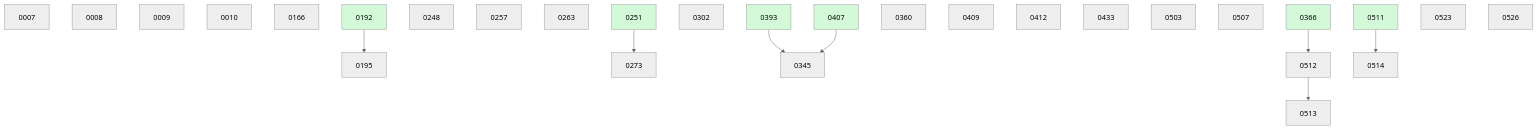
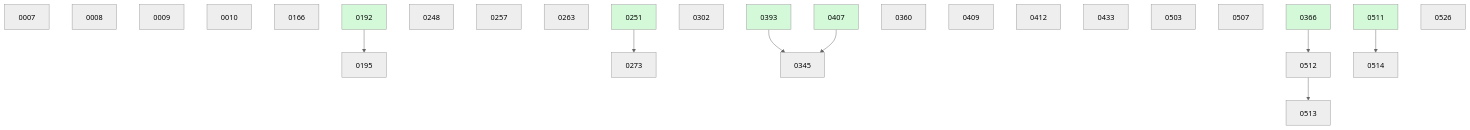
Before and after one commit to danielhanold/docket: the diagram in docs/changes/BOARD.md, drawn with Mermaid (neutral theme). The commit also changed other lines of this file and 2 other files, not shown here.

````diff
--- a/docs/changes/BOARD.md
+++ b/docs/changes/BOARD.md
@@ -53,34 +47,33 @@
 ```mermaid
 graph TD
   0007
   0008
   0009
   0010
   0166
   0192 --> 0195
   0248
   0257
   0263
   0251 --> 0273
   0302
   0393 --> 0345
   0407 --> 0345
   0360
   0409
   0412
   0433
   0503
   0507
   0366 --> 0512
   0512 --> 0513
   0511 --> 0514
-  0523
   0526
   0192:::done
   0251:::done
   0366:::done
   0393:::done
   0407:::done
   0511:::done
   classDef done fill:#d3f9d8;
 ```
````
